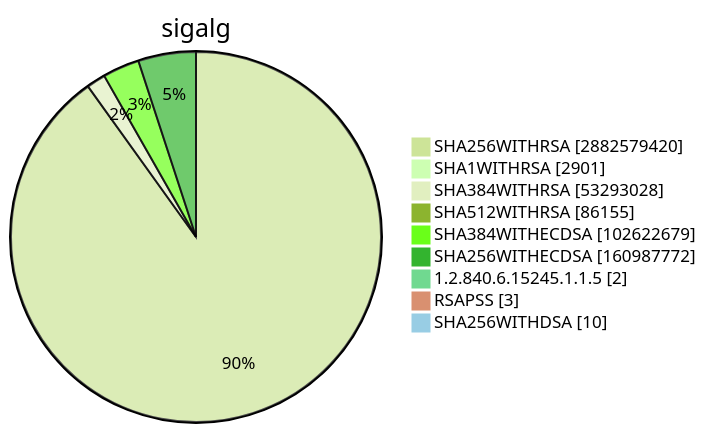
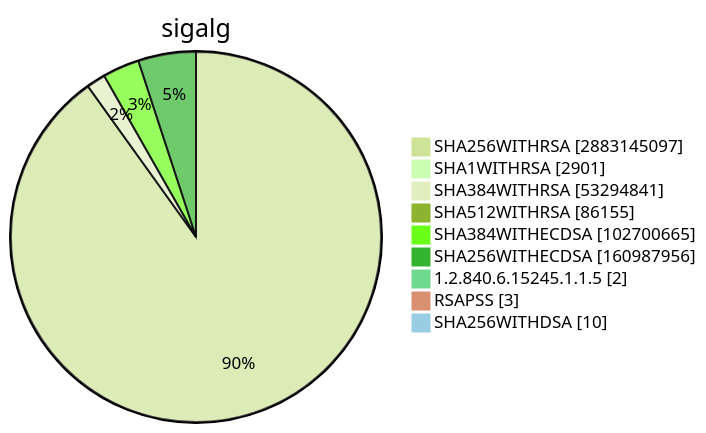
Diagram 15 of 15 in TOTAL/README.md (christiankrug/ctmonitor_visualization), drawn with Mermaid (forest theme) before and after one commit. The commit also changed other lines of this file, not shown here.

````diff
--- a/TOTAL/README.md
+++ b/TOTAL/README.md
@@ -6207,13 +6207,13 @@
 ```mermaid
 pie showData
 title sigalg
-"SHA256WITHRSA" :2882579420
+"SHA256WITHRSA" :2883145097
 "SHA1WITHRSA" :2901
-"SHA384WITHRSA" :53293028
+"SHA384WITHRSA" :53294841
 "SHA512WITHRSA" :86155
-"SHA384WITHECDSA" :102622679
-"SHA256WITHECDSA" :160987772
+"SHA384WITHECDSA" :102700665
+"SHA256WITHECDSA" :160987956
 "1.2.840.6.15245.1.1.5" :2
 "RSAPSS" :3
 "SHA256WITHDSA" :10
 ```
````
